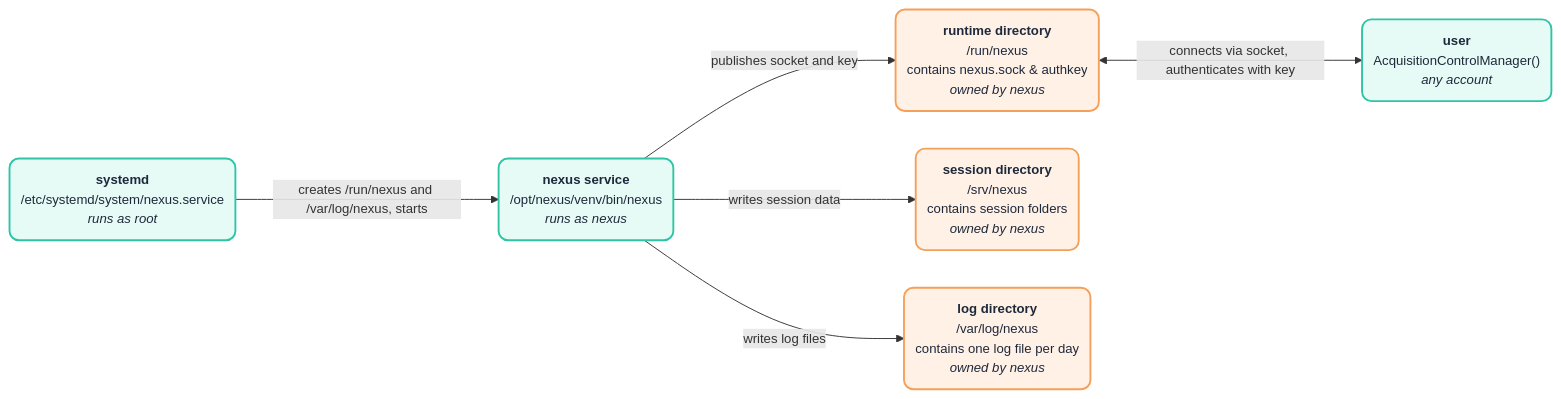
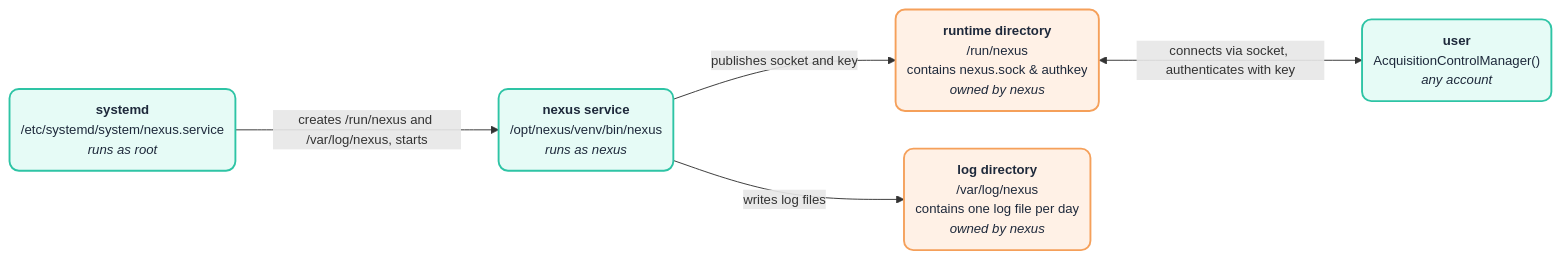
One commit to schote/nexus-console changed the diagram in src/nexus_service/deployment/README.md. Above: the diagram before and after it, drawn with Mermaid. The commit also changed other lines of this file and 7 other files, not shown here.

````diff
--- a/src/nexus_service/deployment/README.md
+++ b/src/nexus_service/deployment/README.md
@@ -8,47 +8,42 @@
 ```mermaid
 %%{init: {
   "themeVariables": {
     "fontFamily": "Inter, Segoe UI, Helvetica Neue, Arial, sans-serif",
     "fontSize": "14px"
   },
   "flowchart": {
     "curve": "basis",
     "nodeSpacing": 40,
     "rankSpacing": 80,
     "padding": 12
   }
 }}%%
 flowchart LR
     systemd("`**systemd**
     /etc/systemd/system/nexus.service
     *runs as root*`")
     service("`**nexus service**
     /opt/nexus/venv/bin/nexus
     *runs as nexus*`")
     user("`**user**
     AcquisitionControlManager()
     *any account*`")
     run("`**runtime directory**
     /run/nexus
     contains nexus.sock & authkey
     *owned by nexus*`")
-    sessions("`**session directory**
-    /srv/nexus
-    contains session folders
-    *owned by nexus*`")
     logs("`**log directory**
     /var/log/nexus
     contains one log file per day
     *owned by nexus*`")
 
     systemd -- "creates /run/nexus and /var/log/nexus, starts" --> service
     service -- "publishes socket and key" --> run
-    service -- "writes session data" --> sessions
     service -- "writes log files" --> logs
     run <-- "connects via socket, authenticates with key" --> user
 
     classDef actor fill:#e6fbf6,stroke:#2ec4a5,stroke-width:2px,color:#1e293b,rx:10px,ry:10px
     classDef location fill:#fff1e6,stroke:#f5a05a,stroke-width:2px,color:#1e293b,rx:10px,ry:10px
     class systemd,service,user actor
-    class run,sessions,logs location
+    class run,logs location
 ```
````
